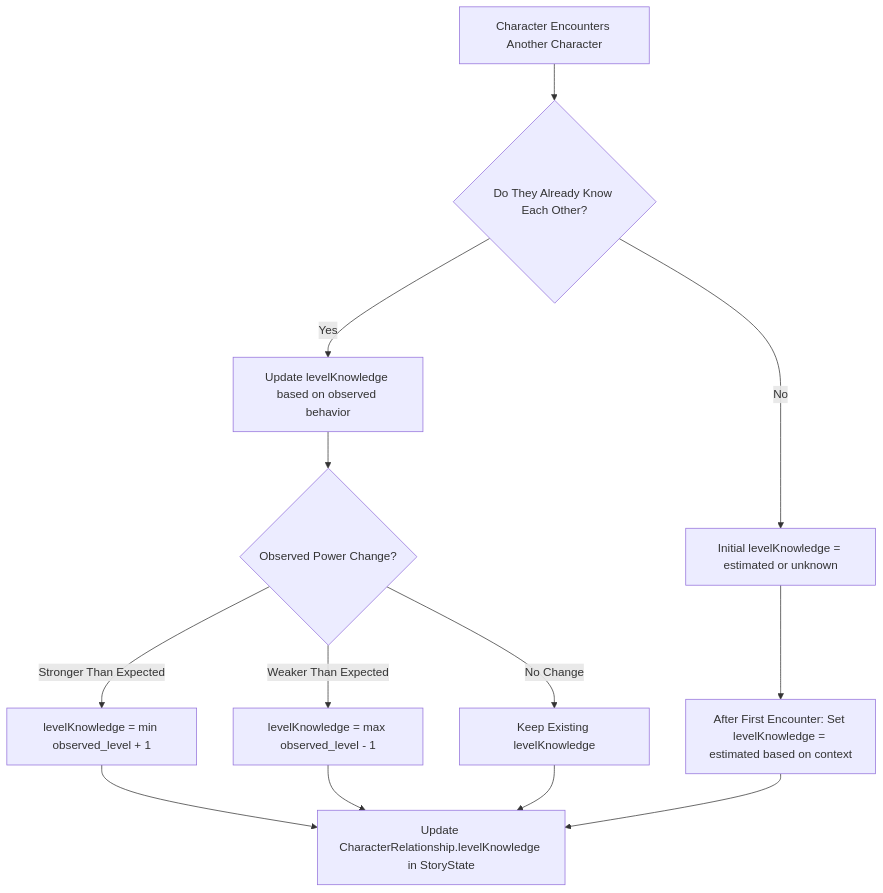
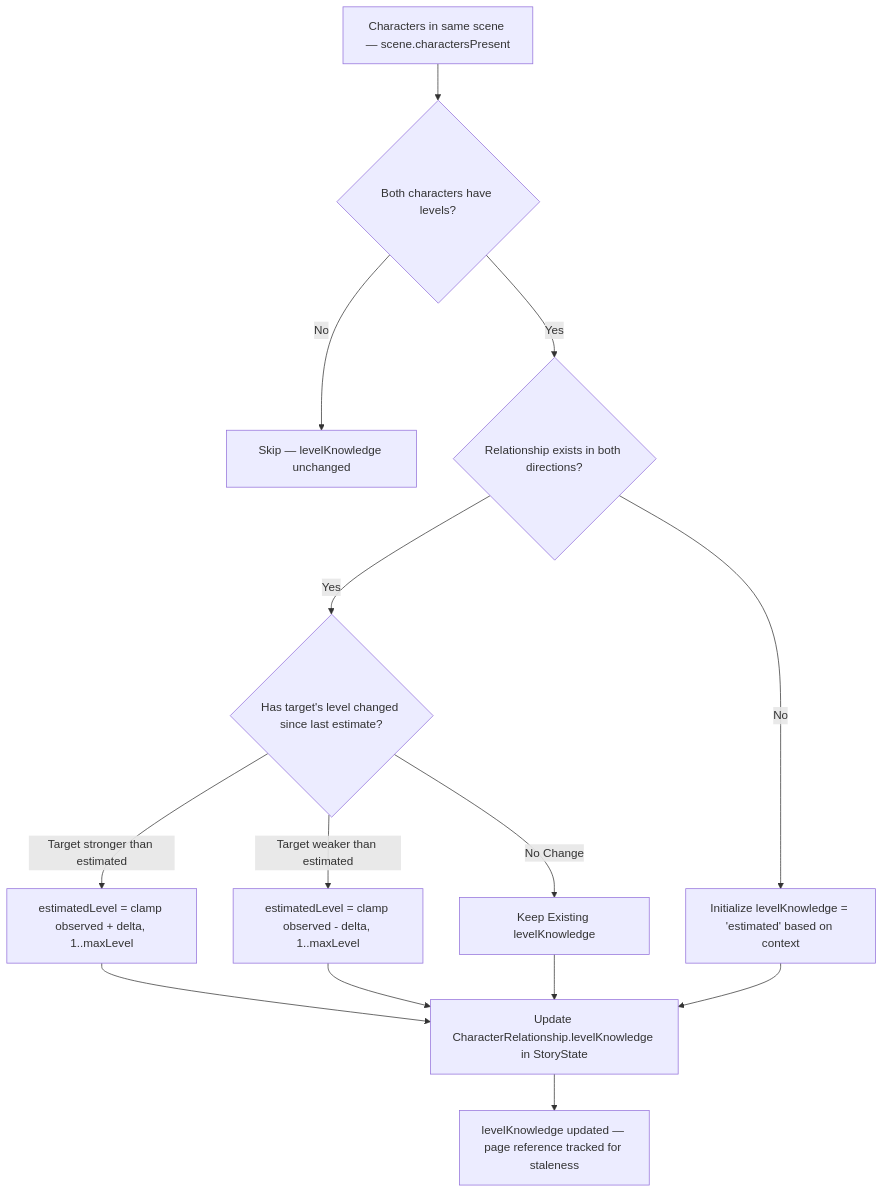
The third of 4 diagrams in docs/roadmap/CHARACTER_LEVELING_SYSTEM_ROADMAP.md (txufiknr/Twistloom-backend), drawn with Mermaid before and after one commit. The commit also changed other lines of this file and 7 other files, not shown here.

````diff
--- a/docs/roadmap/CHARACTER_LEVELING_SYSTEM_ROADMAP.md
+++ b/docs/roadmap/CHARACTER_LEVELING_SYSTEM_ROADMAP.md
@@ -215,15 +247,16 @@
 ```mermaid
 flowchart TD
-    A[Character Encounters Another Character] --> B{Do They Already Know Each Other?}
-    B -->|Yes| C[Update levelKnowledge based on observed behavior]
-    C --> D{Observed Power Change?}
+    A[Characters in same scene — scene.charactersPresent] --> B{Both characters have levels?}
+    B -->|No| Z[Skip — levelKnowledge unchanged]
+    B -->|Yes| C{Relationship exists in both directions?}
+    C -->|No| H[Initialize levelKnowledge = 'estimated' based on context]
+    C -->|Yes| D{Has target's level changed since last estimate?}
     D -->|No Change| E[Keep Existing levelKnowledge]
-    D -->|Stronger Than Expected| F[levelKnowledge = min observed_level + 1]
-    D -->|Weaker Than Expected| G[levelKnowledge = max observed_level - 1]
-    B -->|No| H[Initial levelKnowledge = estimated or unknown]
-    H --> I[After First Encounter: Set levelKnowledge = estimated based on context]
+    D -->|Target stronger than estimated| F[estimatedLevel = clamp observed + delta, 1..maxLevel]
+    D -->|Target weaker than estimated| G[estimatedLevel = clamp observed - delta, 1..maxLevel]
     F --> J[Update CharacterRelationship.levelKnowledge in StoryState]
     G --> J
     E --> J
-    I --> J
+    H --> J
+    J --> K[levelKnowledge updated — page reference tracked for staleness]
 ```
````
